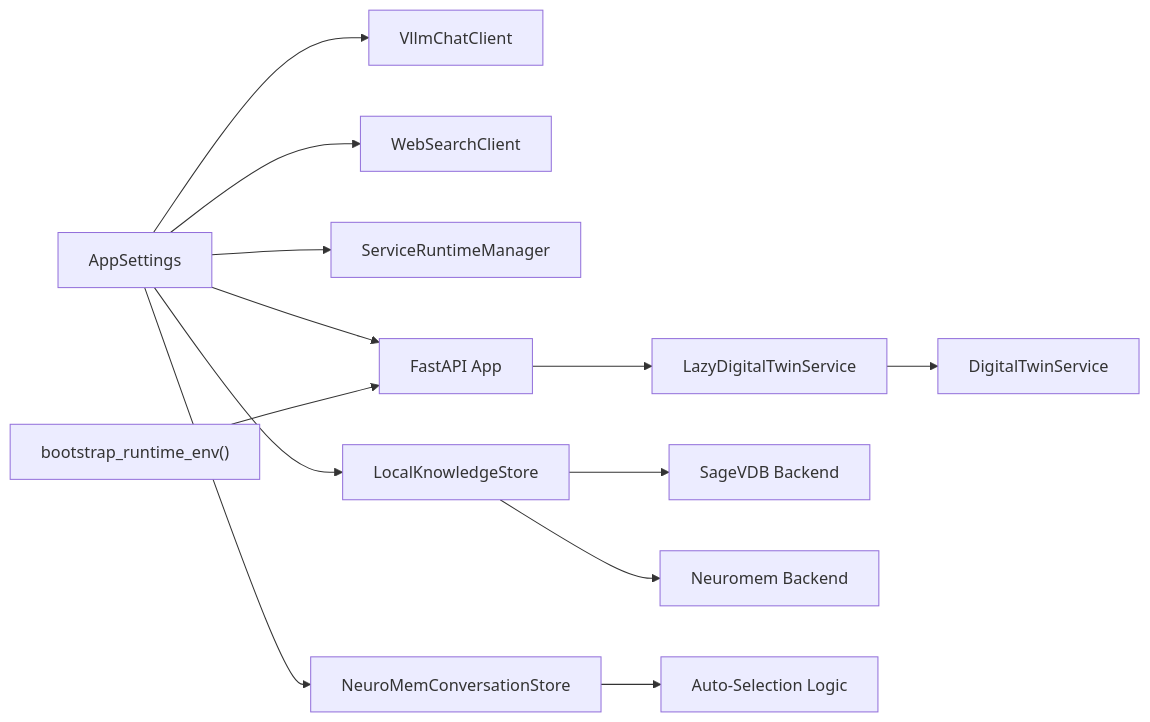
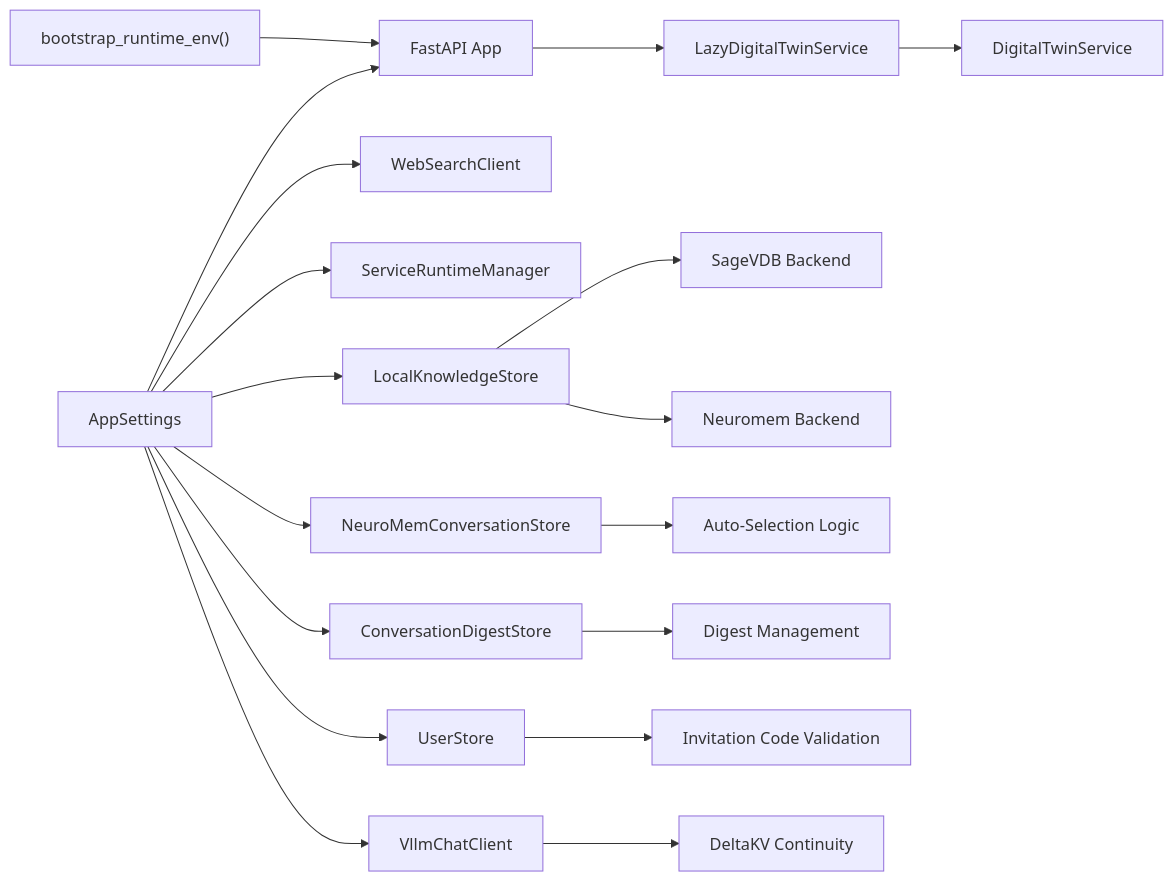
The fourth of 4 diagrams in .qoder/repowiki/en/content/Core Components/Configuration Management.md (intellistream/sage-mate), drawn with Mermaid before and after one commit. The commit also changed other lines of this file and 115 other files, not shown here.

````diff
--- a/.qoder/repowiki/en/content/Core Components/Configuration Management.md
+++ b/.qoder/repowiki/en/content/Core Components/Configuration Management.md
@@ -287,15 +400,20 @@
 ```mermaid
 graph LR
 Settings["AppSettings"] --> LLM["VllmChatClient"]
 Settings --> WS["WebSearchClient"]
 Settings --> SRM["ServiceRuntimeManager"]
 Settings --> API["FastAPI App"]
 Settings --> KB["LocalKnowledgeStore"]
 Settings --> MS["NeuroMemConversationStore"]
+Settings --> CD["ConversationDigestStore"]
+Settings --> US["UserStore"]
 API --> LazySvc["LazyDigitalTwinService"]
 LazySvc --> Consumers["DigitalTwinService"]
 Runtime["bootstrap_runtime_env()"] --> API
 KB --> SageVDB["SageVDB Backend"]
 KB --> Neuromem["Neuromem Backend"]
 MS --> AutoSelect["Auto-Selection Logic"]
+CD --> DigestMgr["Digest Management"]
+US --> InvitationGate["Invitation Code Validation"]
+LLM --> DeltaKV["DeltaKV Continuity"]
 ```
````
